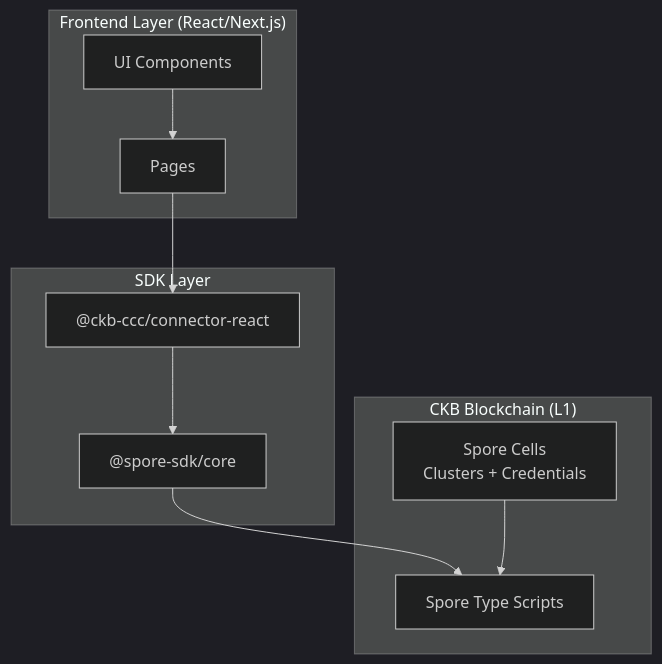
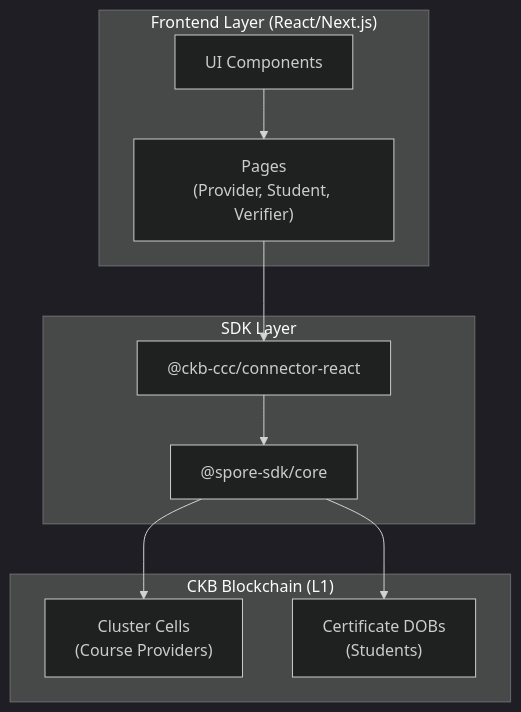
The first of 12 diagrams in Design_spec/Implementation_Architecture.md (hiepthach/CertifyCKB), drawn with Mermaid (dark theme) before and after one commit. The commit also changed other lines of this file and 2 other files, not shown here.

````diff
--- a/Design_spec/Implementation_Architecture.md
+++ b/Design_spec/Implementation_Architecture.md
@@ -126,23 +90,23 @@
 ```mermaid
 graph TB
     subgraph Frontend["Frontend Layer (React/Next.js)"]
         UI["UI Components"]
-        PAGES["Pages"]
+        PAGES["Pages<br/>(Provider, Student, Verifier)"]
     end
 
     subgraph SDK["SDK Layer"]
         CCC["@ckb-ccc/connector-react"]
         SPORE["@spore-sdk/core"]
     end
 
     subgraph Blockchain["CKB Blockchain (L1)"]
-        SPORE_CELLS["Spore Cells<br/>Clusters + Credentials"]
-        SCRIPT["Spore Type Scripts"]
+        CLUSTERS["Cluster Cells<br/>(Course Providers)"]
+        CERTS["Certificate DOBs<br/>(Students)"]
     end
 
     UI --> PAGES
     PAGES --> CCC
     CCC --> SPORE
-    SPORE --> SCRIPT
-    SPORE_CELLS --> SCRIPT
+    SPORE --> CLUSTERS
+    SPORE --> CERTS
 ```
````
